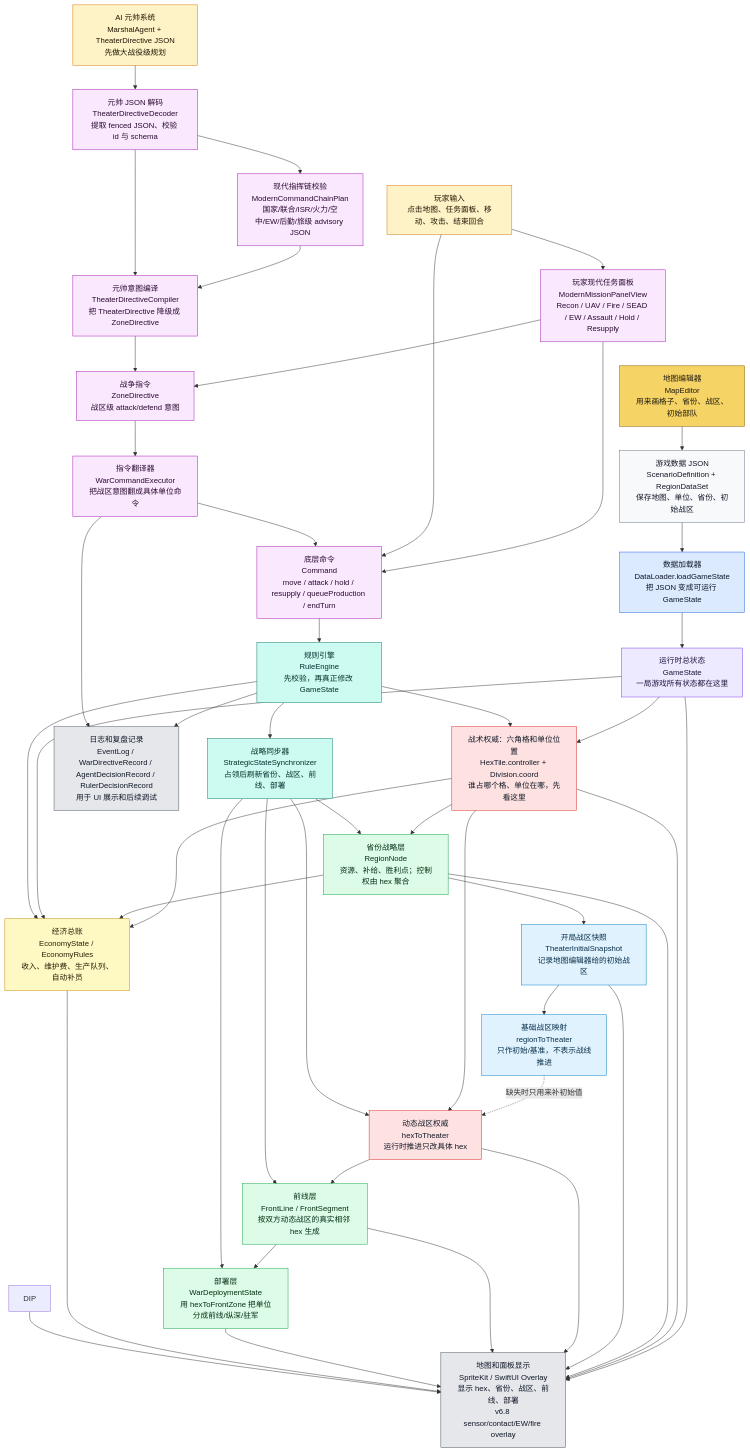
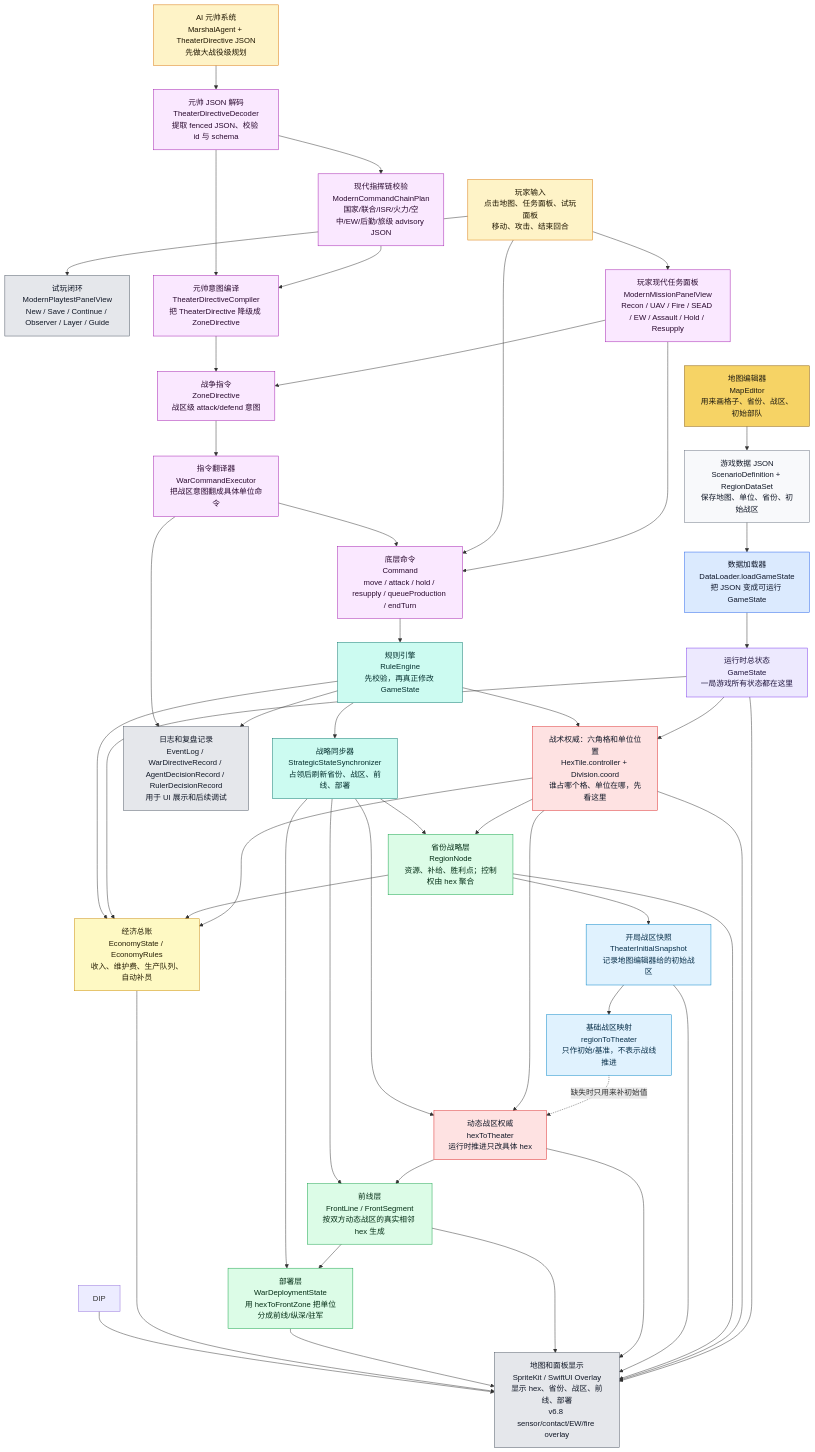
One commit to Altman-sam114/127 changed diagram 12 of 19 in md/flow/flowchart.md. Above: the diagram before and after it, drawn with Mermaid. The commit also changed other lines of this file and 8 other files, not shown here.

````diff
--- a/md/flow/flowchart.md
+++ b/md/flow/flowchart.md
@@ -321,80 +351,82 @@
 ```mermaid
 flowchart TD
     ME["地图编辑器<br/>MapEditor<br/>用来画格子、省份、战区、初始部队"]:::editor
     JSON["游戏数据 JSON<br/>ScenarioDefinition + RegionDataSet<br/>保存地图、单位、省份、初始战区"]:::data
     DL["数据加载器<br/>DataLoader.loadGameState<br/>把 JSON 变成可运行 GameState"]:::loader
     GS["运行时总状态<br/>GameState<br/>一局游戏所有状态都在这里"]:::state
 
     HEX["战术权威：六角格和单位位置<br/>HexTile.controller + Division.coord<br/>谁占哪个格、单位在哪，先看这里"]:::authority
     REGION["省份战略层<br/>RegionNode<br/>资源、补给、胜利点；控制权由 hex 聚合"]:::derived
     INIT["开局战区快照<br/>TheaterInitialSnapshot<br/>记录地图编辑器给的初始战区"]:::snapshot
     R2T["基础战区映射<br/>regionToTheater<br/>只作初始/基准，不表示战线推进"]:::snapshot
     H2T["动态战区权威<br/>hexToTheater<br/>运行时推进只改具体 hex"]:::authority
     FRONT["前线层<br/>FrontLine / FrontSegment<br/>按双方动态战区的真实相邻 hex 生成"]:::derived
     DEPLOY["部署层<br/>WarDeploymentState<br/>用 hexToFrontZone 把单位分成前线/纵深/驻军"]:::derived
     ECO["经济总账<br/>EconomyState / EconomyRules<br/>收入、维护费、生产队列、自动补员"]:::economy
-    PLAYER["玩家输入<br/>点击地图、任务面板、移动、攻击、结束回合"]:::input
+    PLAYER["玩家输入<br/>点击地图、任务面板、试玩面板<br/>移动、攻击、结束回合"]:::input
+    PLAYTEST["试玩闭环<br/>ModernPlaytestPanelView<br/>New / Save / Continue / Observer / Layer / Guide"]:::ui
     MISSION["玩家现代任务面板<br/>ModernMissionPanelView<br/>Recon / UAV / Fire / SEAD / EW / Assault / Hold / Resupply"]:::command
     AI["AI 元帅系统<br/>MarshalAgent + TheaterDirective JSON<br/>先做大战役级规划"]:::input
     DEC["元帅 JSON 解码<br/>TheaterDirectiveDecoder<br/>提取 fenced JSON、校验 id 与 schema"]:::command
     MCHAIN["现代指挥链校验<br/>ModernCommandChainPlan<br/>国家/联合/ISR/火力/空中/EW/后勤/旅级 advisory JSON"]:::command
     COMP["元帅意图编译<br/>TheaterDirectiveCompiler<br/>把 TheaterDirective 降级成 ZoneDirective"]:::command
     ZD["战争指令<br/>ZoneDirective<br/>战区级 attack/defend 意图"]:::command
     WCE["指令翻译器<br/>WarCommandExecutor<br/>把战区意图翻成具体单位命令"]:::command
     CMD["底层命令<br/>Command<br/>move / attack / hold / resupply / queueProduction / endTurn"]:::command
     RE["规则引擎<br/>RuleEngine<br/>先校验，再真正修改 GameState"]:::rules
     SYNC["战略同步器<br/>StrategicStateSynchronizer<br/>占领后刷新省份、战区、前线、部署"]:::rules
 
     UI["地图和面板显示<br/>SpriteKit / SwiftUI Overlay<br/>显示 hex、省份、战区、前线、部署<br/>v6.8 sensor/contact/EW/fire overlay"]:::ui
     LOG["日志和复盘记录<br/>EventLog / WarDirectiveRecord / AgentDecisionRecord / RulerDecisionRecord<br/>用于 UI 展示和后续调试"]:::ui
 
     ME --> JSON --> DL --> GS
     GS --> HEX
     HEX --> REGION
     HEX --> ECO
     REGION --> ECO
     REGION --> INIT
     INIT --> R2T
     R2T -.->|缺失时只用来补初始值| H2T
     HEX --> H2T
     H2T --> FRONT --> DEPLOY
     GS --> ECO
 
+    PLAYER --> PLAYTEST
     PLAYER --> MISSION --> CMD
     PLAYER --> CMD
     MISSION --> ZD
     AI --> DEC --> MCHAIN --> COMP --> ZD --> WCE --> CMD
     DEC --> COMP
     CMD --> RE --> HEX
     RE --> ECO
     RE --> SYNC
     SYNC --> REGION
     SYNC --> H2T
     SYNC --> FRONT
     SYNC --> DEPLOY
 
     GS --> UI
     HEX --> UI
     REGION --> UI
     INIT --> UI
     H2T --> UI
     FRONT --> UI
     DEPLOY --> UI
     ECO --> UI
     DIP --> UI
     RE --> LOG
     WCE --> LOG
 
     classDef editor fill:#f6d365,stroke:#8a5a00,color:#1f1b10
     classDef data fill:#f8f9fb,stroke:#6b7280,color:#111827
     classDef loader fill:#dbeafe,stroke:#2563eb,color:#0f172a
     classDef state fill:#ede9fe,stroke:#7c3aed,color:#1f143d
     classDef authority fill:#fee2e2,stroke:#dc2626,color:#111827
     classDef derived fill:#dcfce7,stroke:#16a34a,color:#052e16
     classDef snapshot fill:#e0f2fe,stroke:#0284c7,color:#082f49
     classDef input fill:#fef3c7,stroke:#d97706,color:#1f1600
     classDef economy fill:#fef9c3,stroke:#ca8a04,color:#292107
     classDef command fill:#fae8ff,stroke:#a21caf,color:#2a0a2f
     classDef rules fill:#ccfbf1,stroke:#0f766e,color:#042f2e
     classDef ui fill:#e5e7eb,stroke:#4b5563,color:#111827
 ```
````
